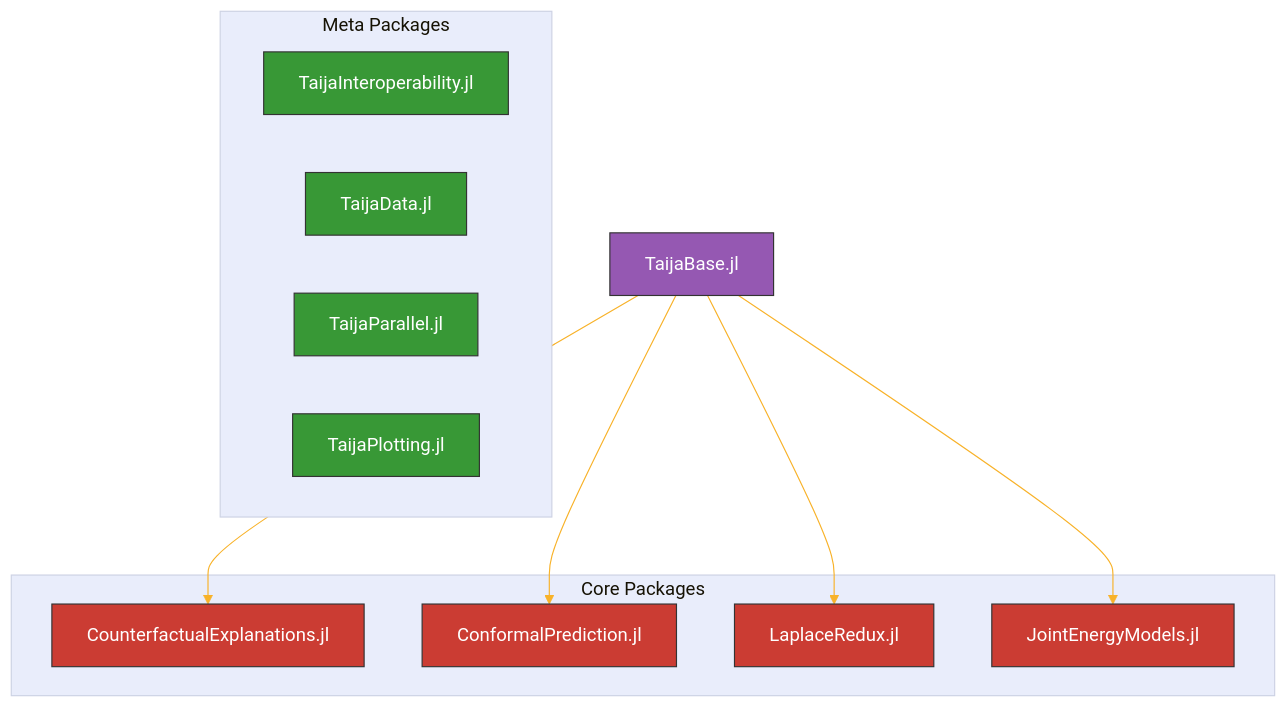
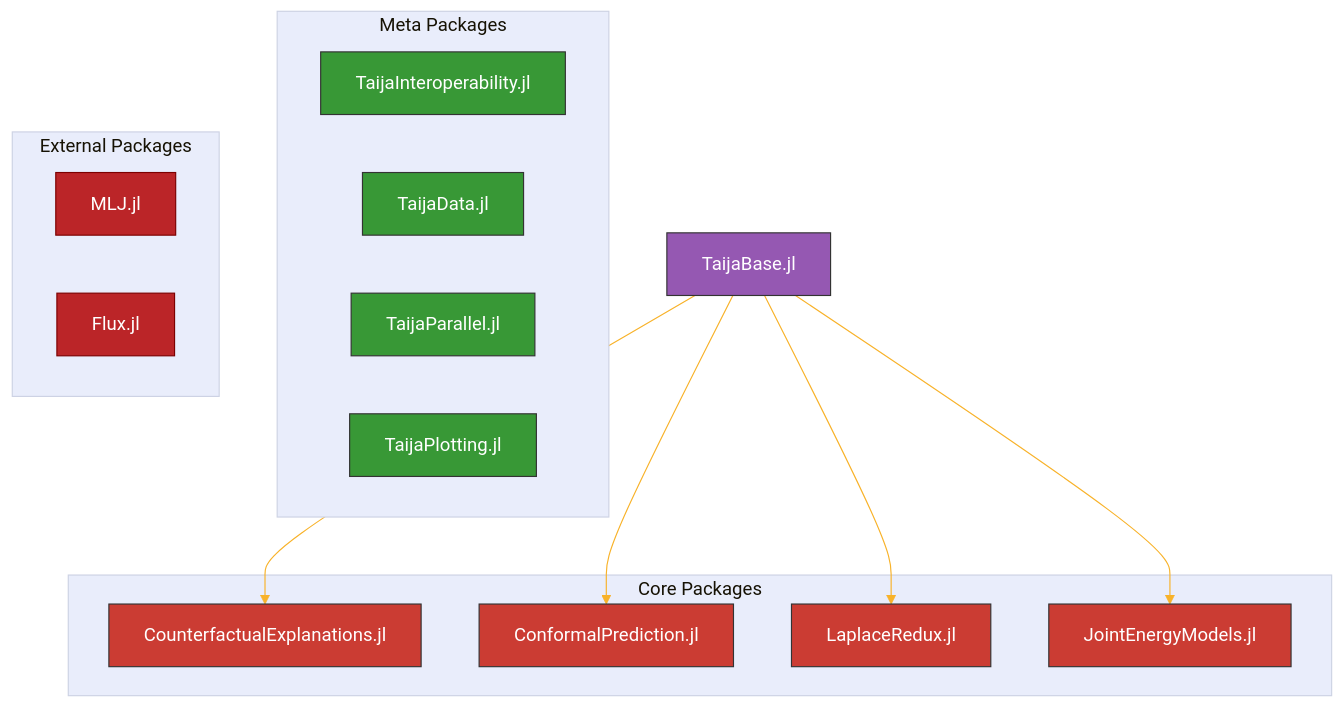
Before and after one commit to pat-alt/pat-alt.github.io: the diagram in content/talks/posts/2024-juliacon/taija-update/presentation.qmd, drawn with Mermaid. The commit also changed other lines of this file and 11 other files, not shown here.

````diff
--- a/content/talks/posts/2024-juliacon/taija-update/presentation.qmd
+++ b/content/talks/posts/2024-juliacon/taija-update/presentation.qmd
@@ -31,56 +31,64 @@
 ```{mermaid}
 %%| echo: false
 %%| label: fig-overview
 %%| fig-cap: "Overview of the Taija ecosystem. Packages in early development not shown."
 
 %%{
   init: {
     'theme': 'base',
     'themeVariables': {
       'primaryColor': '#BB2528',
       'primaryTextColor': '#fff',
       'primaryBorderColor': '#7C0000',
       'lineColor': '#F8B229',
       'secondaryColor': '#006100',
       'tertiaryColor': '#e9edfb',
       'fontFamily': "avenir"
     }
   }
 }%%
 
 flowchart TB
 
     classDef taija fill:#389836,stroke:#333,color:#fff;
     classDef core fill:#CB3C33,stroke:#333,color:#fff;
     classDef base fill:#9558B2,stroke:#333,color:#fff;
 
     %% Base
     base["TaijaBase.jl"]
 
     %% Meta
     interop["TaijaInteroperability.jl"]
     data["TaijaData.jl"]
     parallel["TaijaParallel.jl"]
     plotting["TaijaPlotting.jl"]
 
     %% Core
     ce["CounterfactualExplanations.jl"]
     cp["ConformalPrediction.jl"]
     lr["LaplaceRedux.jl"]
     jem["JointEnergyModels.jl"]
 
+    %% External
+    mlj["MLJ.jl"]
+    flux["Flux.jl"]
+
     class base base;
     class interop,data,parallel,plotting taija;
     class ce,cp,lr,jem core;
 
     %% Graph
     base --> ce & cp & lr & jem
 
     subgraph "Core Packages"
         ce & cp & lr & jem 
     end
 
     subgraph "Meta Packages"
         data & plotting & parallel & interop
     end 
+
+    subgraph "External Packages"
+        mlj & flux
+    end
 ```
````
